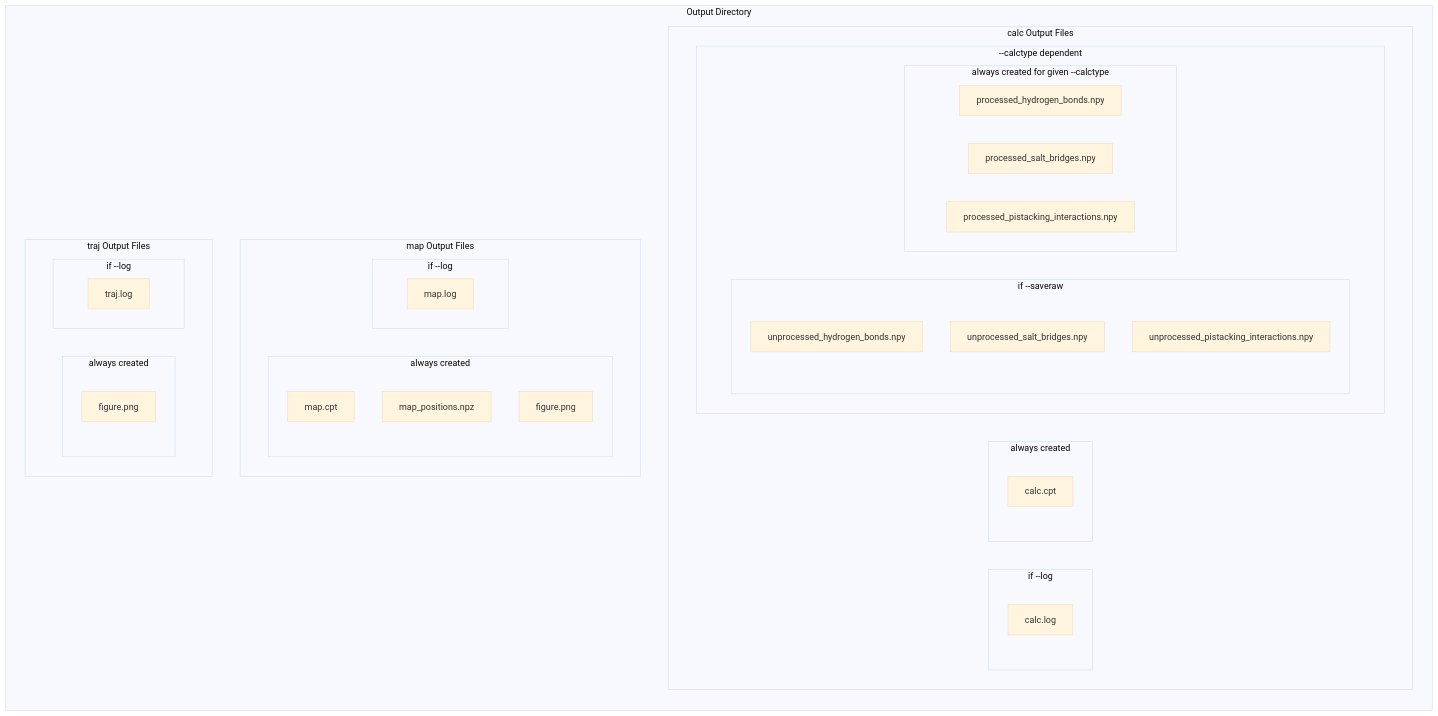
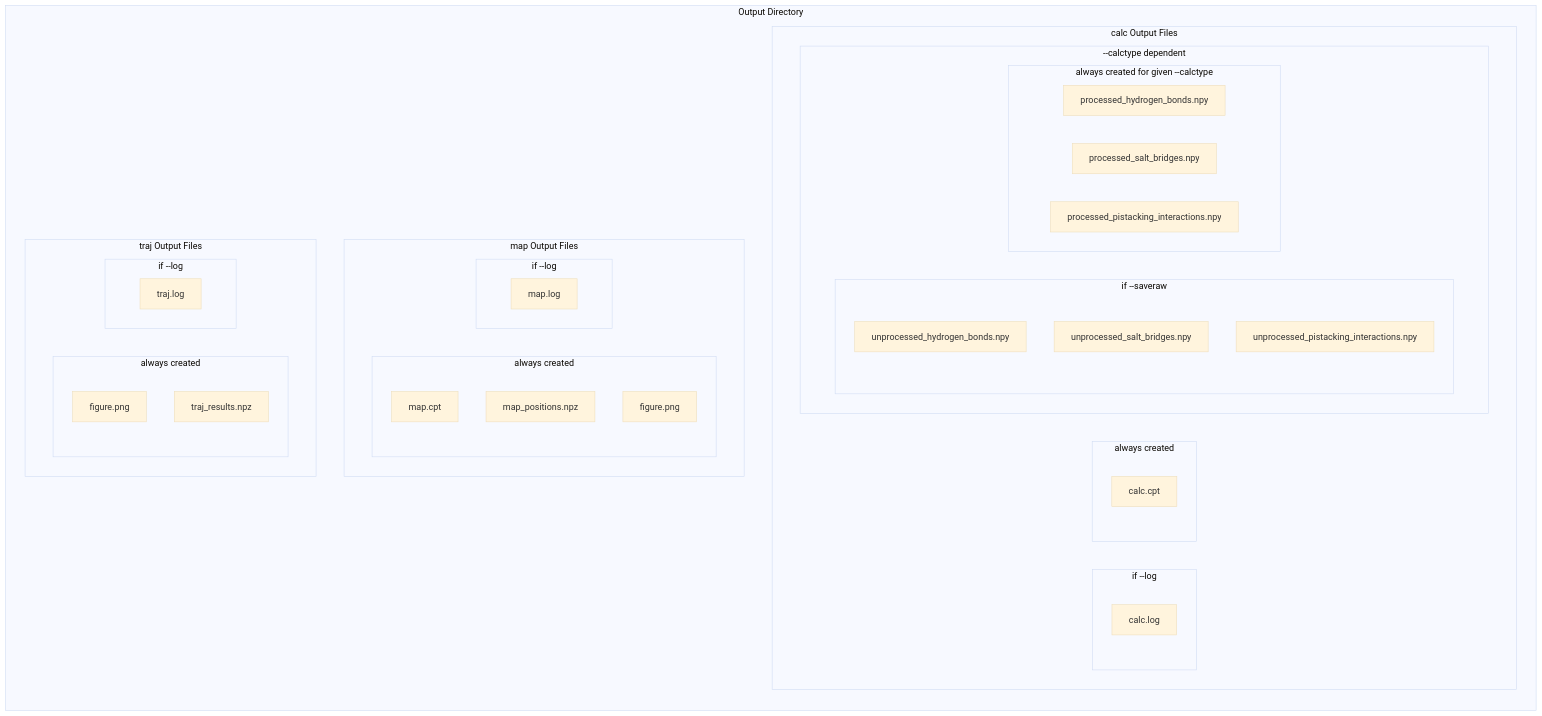
The diagram in README.md (conor-b-abraham/FibMap), drawn with Mermaid (base theme) before and after one commit. The commit also changed other lines of this file and 6 other files, not shown here.

````diff
--- a/README.md
+++ b/README.md
@@ -660,46 +660,47 @@
 ```mermaid
 flowchart TB;
 subgraph O[Output Directory]
   direction TB
   subgraph C[calc Output Files]
     subgraph CL[if --log]
       CLA[calc.log]
     end
     subgraph CA[always created]
       CAA[calc.cpt]
     end
     subgraph CC[--calctype dependent]
       direction LR
       subgraph CCS[if --saveraw]
           CCSA[unprocessed_hydrogen_bonds.npy]
           CCSB[unprocessed_salt_bridges.npy]
           CCSC[unprocessed_pistacking_interactions.npy]
       end
       subgraph CCA[always created for given --calctype]
         CCAA[processed_hydrogen_bonds.npy]
         CCAB[processed_salt_bridges.npy]
         CCAC[processed_pistacking_interactions.npy]
       end
     end
   end
   subgraph M[map Output Files]
     subgraph MA[always created]
       MAA[map.cpt]
       MAB[map_positions.npz]
       MAC[figure.png]
     end
     subgraph ML[if --log]
       MLA[map.log]
     end
   end
   subgraph T[traj Output Files]
     subgraph TA[always created]
-      TAB[figure.png]
+      TAA[figure.png]
+      TAB[traj_results.npz]
     end
     subgraph TL[if --log]
       TLA[traj.log]
     end
   end
 end
 
 ```
````
